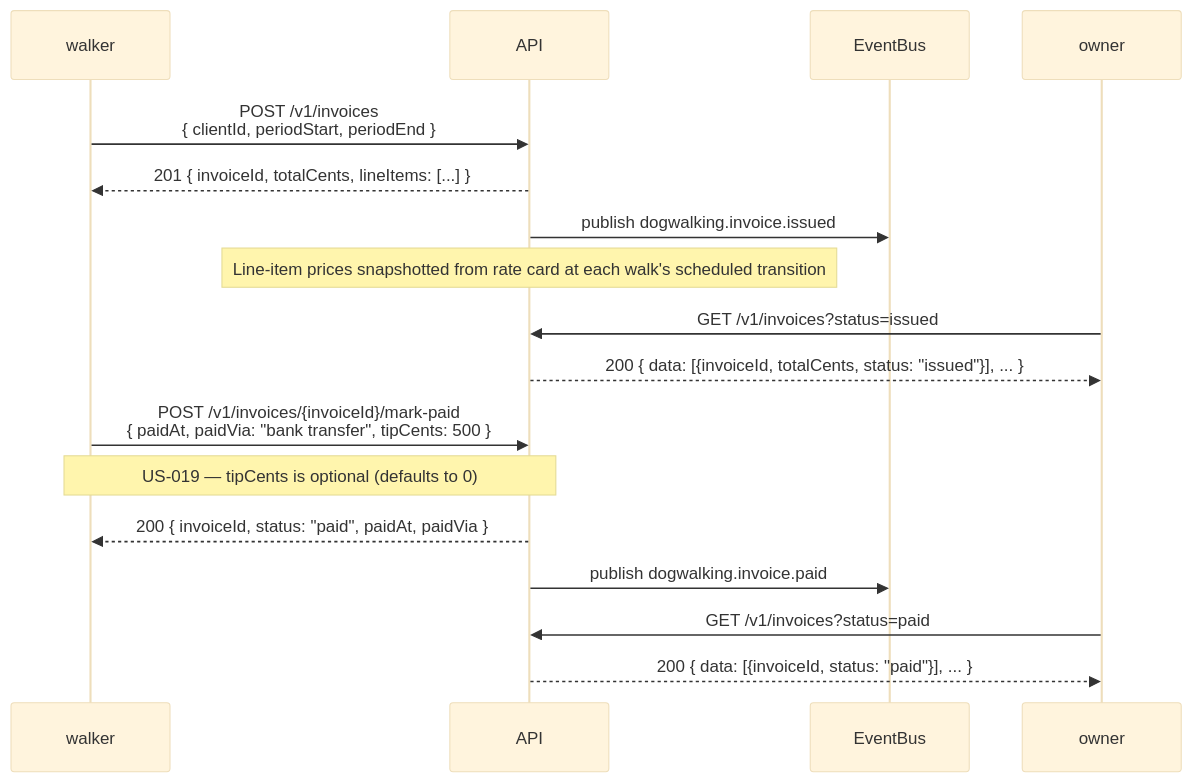
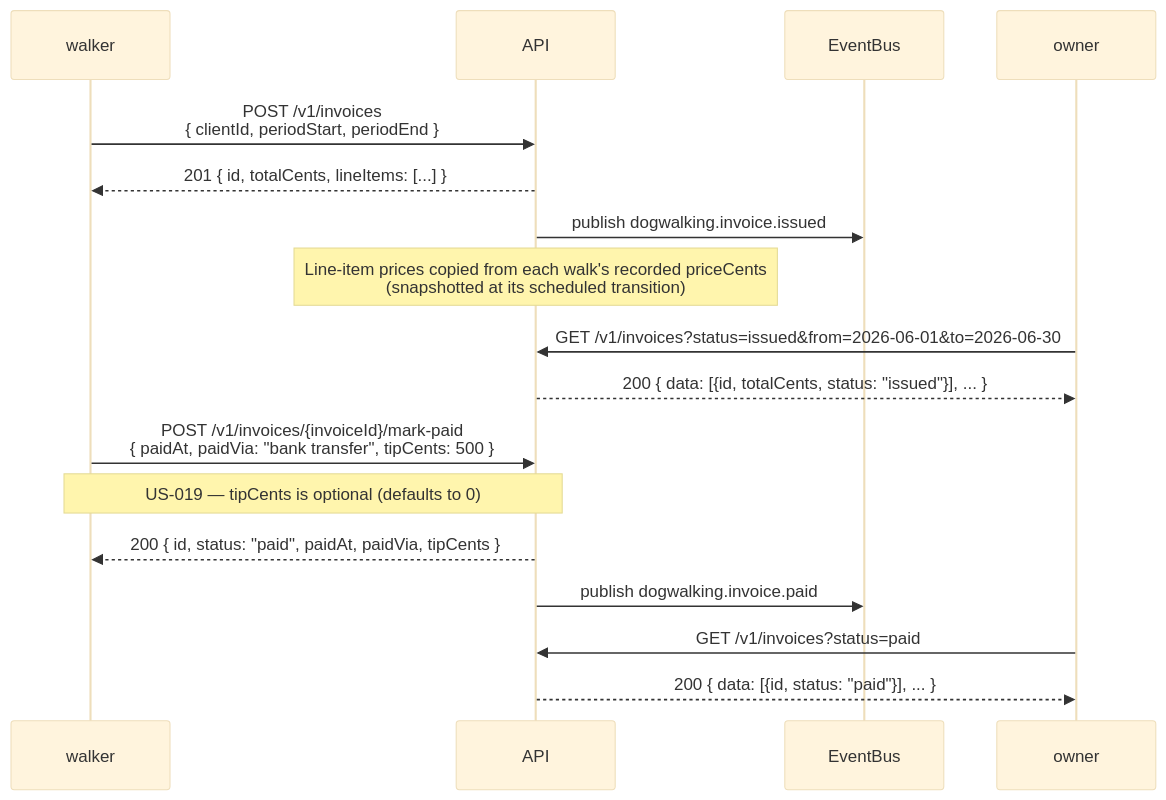
One commit to dataGriff/spec-dog-walking changed diagram 12 of 12 in docs/specifications/sequence-diagrams.md. Above: the diagram before and after it, drawn with Mermaid (base theme). The commit also changed other lines of this file and 2 other files, not shown here.

First line of the commit message:
feat(flows): fix Flow 1 register body, cover new stories, align keys and ordering

````diff
--- a/docs/specifications/sequence-diagrams.md
+++ b/docs/specifications/sequence-diagrams.md
@@ -280,23 +310,23 @@
 ```mermaid
 sequenceDiagram
     participant walker
     participant API
     participant EventBus
     participant owner
 
     walker->>API: POST /v1/invoices<br/>{ clientId, periodStart, periodEnd }
-    API-->>walker: 201 { invoiceId, totalCents, lineItems: [...] }
+    API-->>walker: 201 { id, totalCents, lineItems: [...] }
     API->>EventBus: publish dogwalking.invoice.issued
-    Note over API: Line-item prices snapshotted from rate card at each walk's scheduled transition
+    Note over API: Line-item prices copied from each walk's recorded priceCents<br/>(snapshotted at its scheduled transition)
 
-    owner->>API: GET /v1/invoices?status=issued
-    API-->>owner: 200 { data: [{invoiceId, totalCents, status: "issued"}], ... }
+    owner->>API: GET /v1/invoices?status=issued&from=2026-06-01&to=2026-06-30
+    API-->>owner: 200 { data: [{id, totalCents, status: "issued"}], ... }
 
     walker->>API: POST /v1/invoices/{invoiceId}/mark-paid<br/>{ paidAt, paidVia: "bank transfer", tipCents: 500 }
     Note over walker,API: US-019 — tipCents is optional (defaults to 0)
-    API-->>walker: 200 { invoiceId, status: "paid", paidAt, paidVia }
+    API-->>walker: 200 { id, status: "paid", paidAt, paidVia, tipCents }
     API->>EventBus: publish dogwalking.invoice.paid
 
     owner->>API: GET /v1/invoices?status=paid
-    API-->>owner: 200 { data: [{invoiceId, status: "paid"}], ... }
+    API-->>owner: 200 { data: [{id, status: "paid"}], ... }
 ```
````
